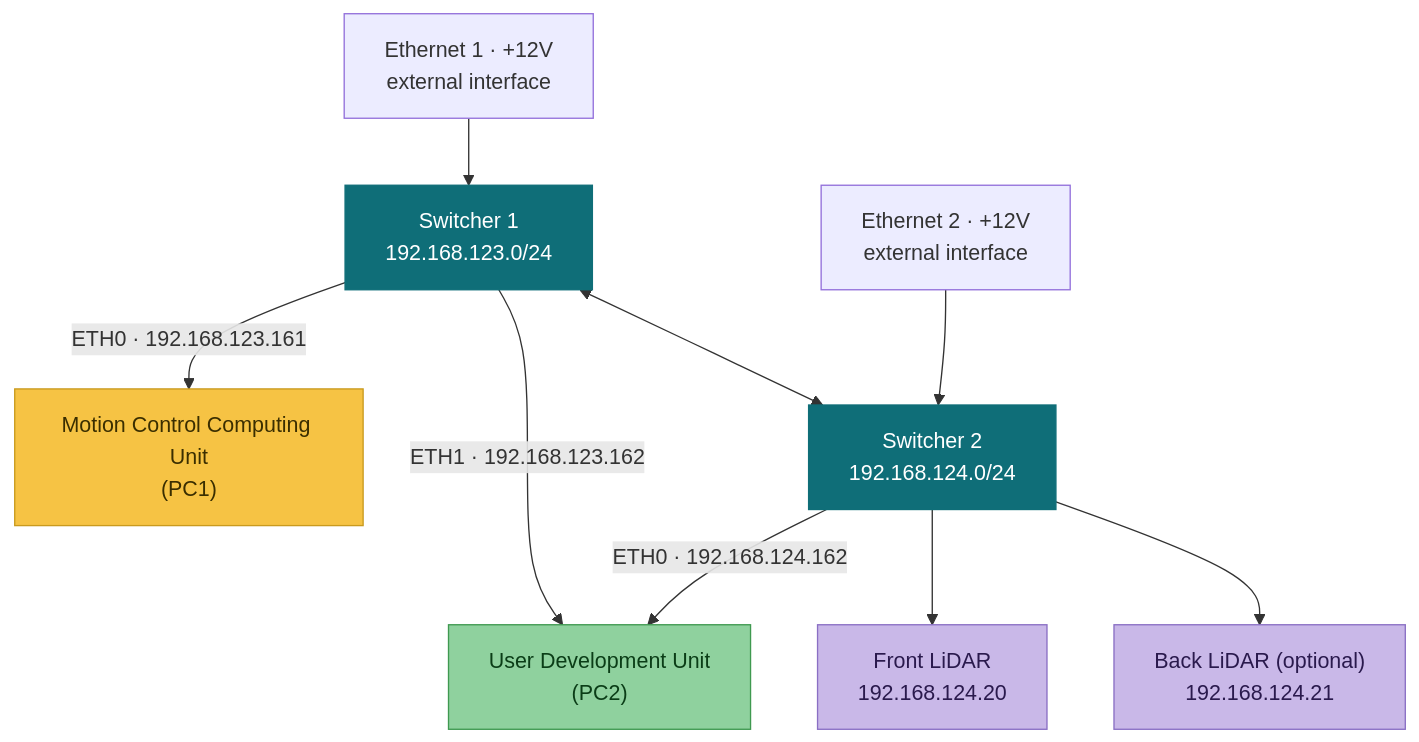
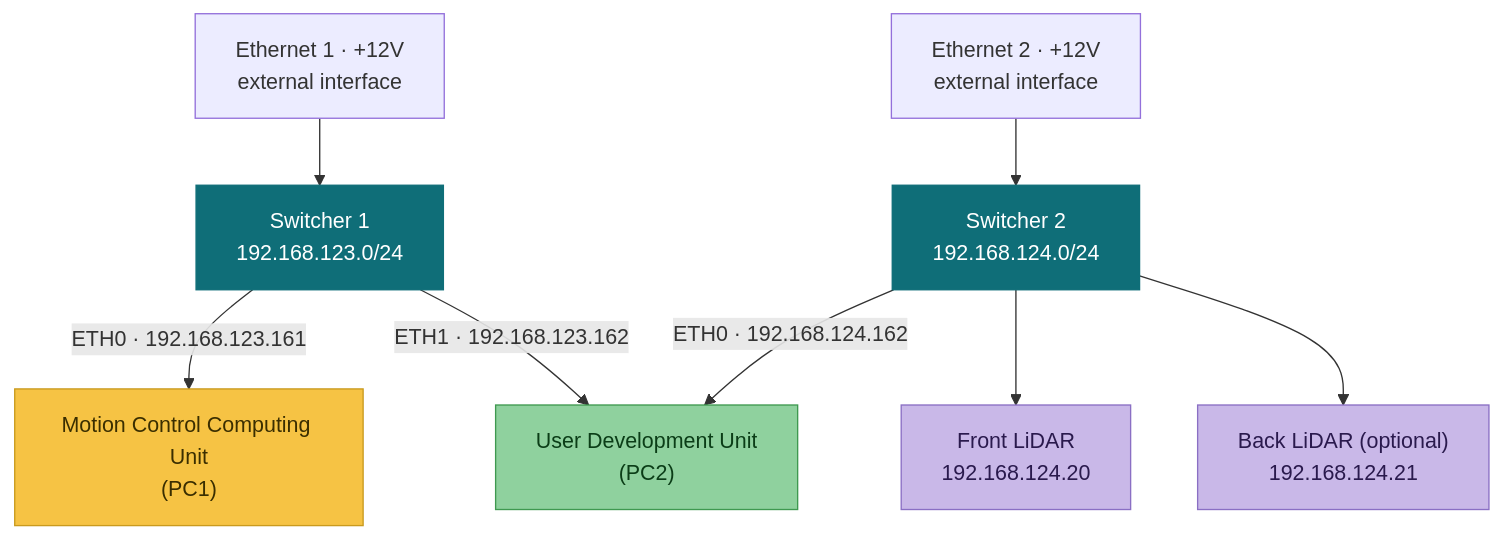
The diagram in robot/quadruped/a2.md (westonrobot/docs), drawn with Mermaid before and after one commit. The commit also changed other lines of this file and 137 other files, not shown here.

````diff
--- a/robot/quadruped/a2.md
+++ b/robot/quadruped/a2.md
@@ -122,34 +92,33 @@
 ```mermaid
 flowchart TB
     ETH1["Ethernet 1 · +12V<br/>external interface"]
     ETH2["Ethernet 2 · +12V<br/>external interface"]
 
     MCCU["Motion Control Computing Unit<br/>(PC1)"]
     SW1["Switcher 1<br/>192.168.123.0/24"]
     SW2["Switcher 2<br/>192.168.124.0/24"]
-    SW1 <--> SW2
 
     UDU["User Development Unit<br/>(PC2)"]
 
     LIDF["Front LiDAR<br/>192.168.124.20"]
     LIDB["Back LiDAR (optional)<br/>192.168.124.21"]
 
     ETH1 --> SW1
     SW1 -->|ETH0 · 192.168.123.161| MCCU
     SW1 -->|ETH1 · 192.168.123.162| UDU
 
     ETH2 --> SW2
     SW2 -->|ETH0 · 192.168.124.162| UDU
     SW2 --> LIDF
     SW2 --> LIDB
 
     classDef mc fill:#f6c344,stroke:#c99a1e,color:#3a2e00
     classDef ud fill:#8fd19e,stroke:#3f9950,color:#0b3d17
     classDef net fill:#0f6e78,stroke:#0f6e78,color:#fff
     classDef periph fill:#c9b8e8,stroke:#8a6fc4,color:#2a1a4d
 
     class MCCU mc
     class UDU ud
     class SW1,SW2 net
     class LIDF,LIDB periph
 ```
````
